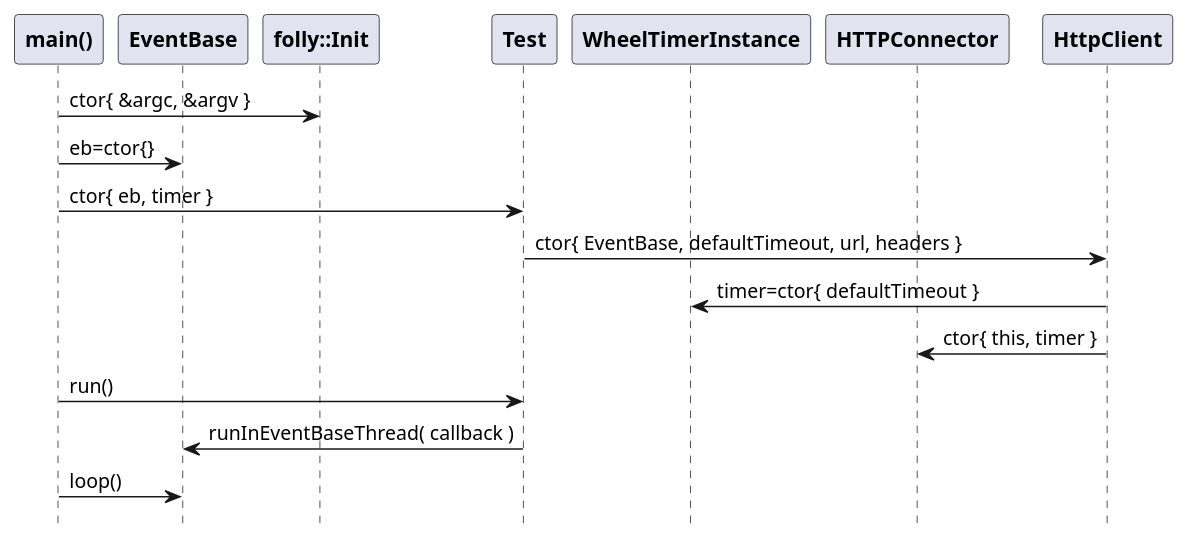
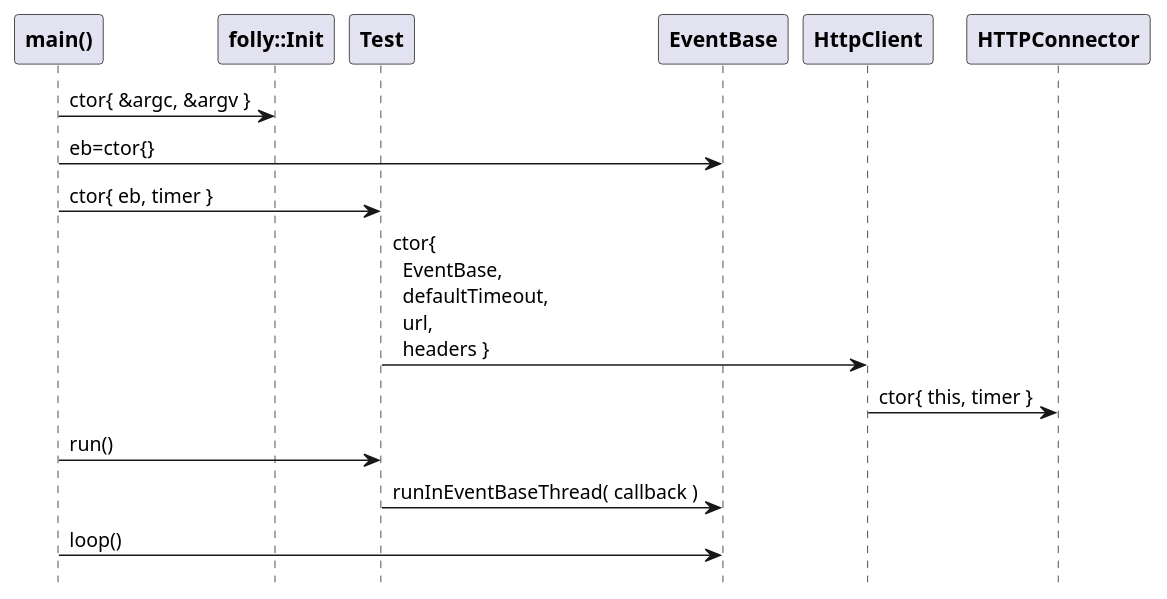
One commit to patrickhallinan/hello-proxygen changed the first of 3 diagrams in doc/test.adoc. Above: the diagram before and after it, drawn with PlantUML. The commit also changed other lines of this file and 2 other files, not shown here.

```diff
--- a/doc/test.adoc
+++ b/doc/test.adoc
@@ -20,29 +20,27 @@
 [plantuml, "curl-init.puml", svg]
 ----
 hide footbox
 
 participant "**main()**" as main
-participant "**EventBase**" as EventBase
 participant "**folly::Init**" as Init
 participant "**Test**" as test
-participant "**WheelTimerInstance**" as WheelTimerInstance
+participant "**EventBase**" as EventBase
+participant "**HttpClient**" as HttpClient
 participant "**HTTPConnector**" as HTTPConnector
-participant "**HttpClient**" as HttpClient
 
 
 main -> Init : ctor{ &argc, &argv }
 main -> EventBase : eb=ctor{}
 
 main -> test : ctor{ eb, timer }
 
-test -> HttpClient : ctor{ EventBase, defaultTimeout, url, headers }
+test -> HttpClient : ctor{\n  EventBase,\n  defaultTimeout,\n  url,\n  headers }
 
-HttpClient -> WheelTimerInstance : timer=ctor{ defaultTimeout }
 HttpClient -> HTTPConnector : ctor{ this, timer }        
 
 main -> test : run()
 
 test -> EventBase : runInEventBaseThread( callback )
 
 main -> EventBase : loop()
 ----
```
